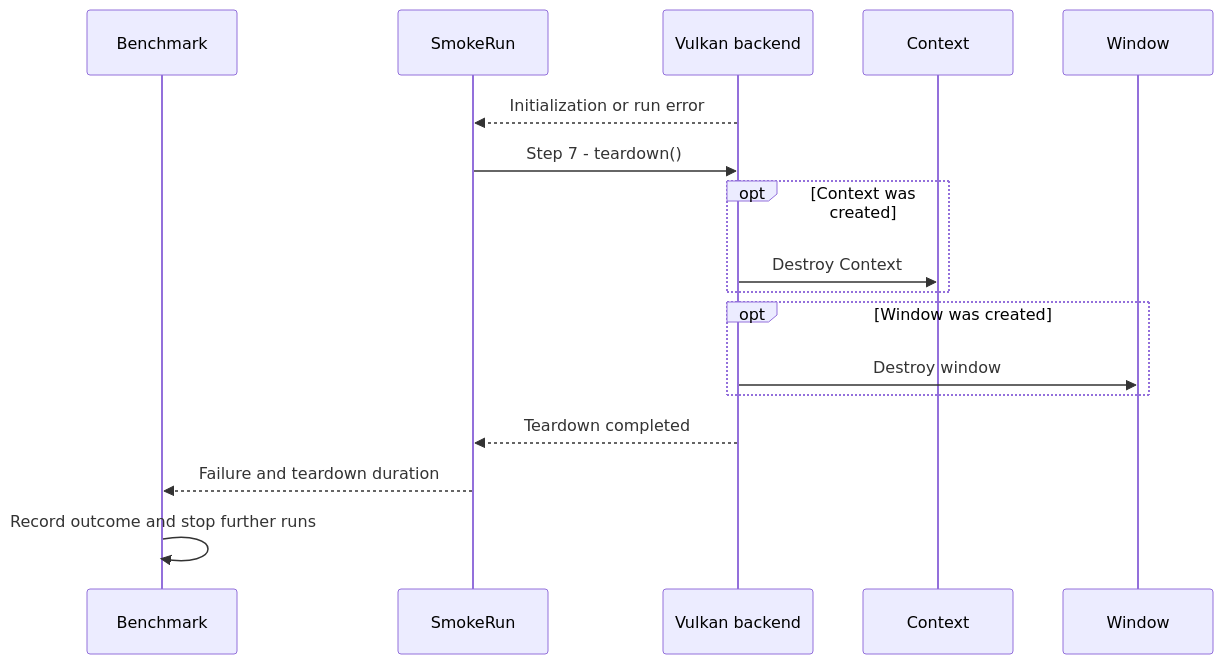
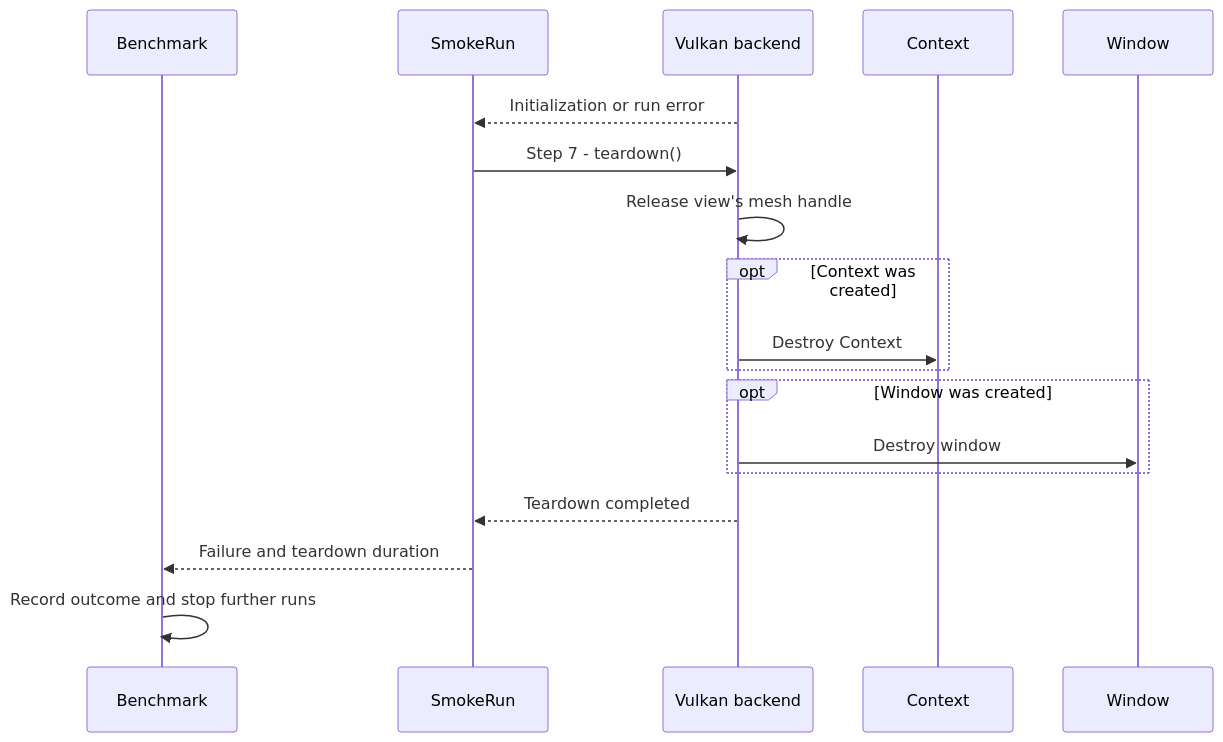
One commit to a-soltysik/Panda changed the second of 2 diagrams in docs/use-cases/benchmark-smoke-run.md. Above: the diagram before and after it, drawn with Mermaid. The commit also changed other lines of this file and 68 other files, not shown here.

````diff
--- a/docs/use-cases/benchmark-smoke-run.md
+++ b/docs/use-cases/benchmark-smoke-run.md
@@ -159,19 +185,20 @@
 ```mermaid
 sequenceDiagram
     participant M as Benchmark
     participant S as SmokeRun
     participant B as Vulkan backend
     participant C as Context
     participant W as Window
     B-->>S: Initialization or run error
     S->>B: Step 7 - teardown()
+    B->>B: Release view's mesh handle
     opt Context was created
         B->>C: Destroy Context
     end
     opt Window was created
         B->>W: Destroy window
     end
     B-->>S: Teardown completed
     S-->>M: Failure and teardown duration
     M->>M: Record outcome and stop further runs
 ```
````
